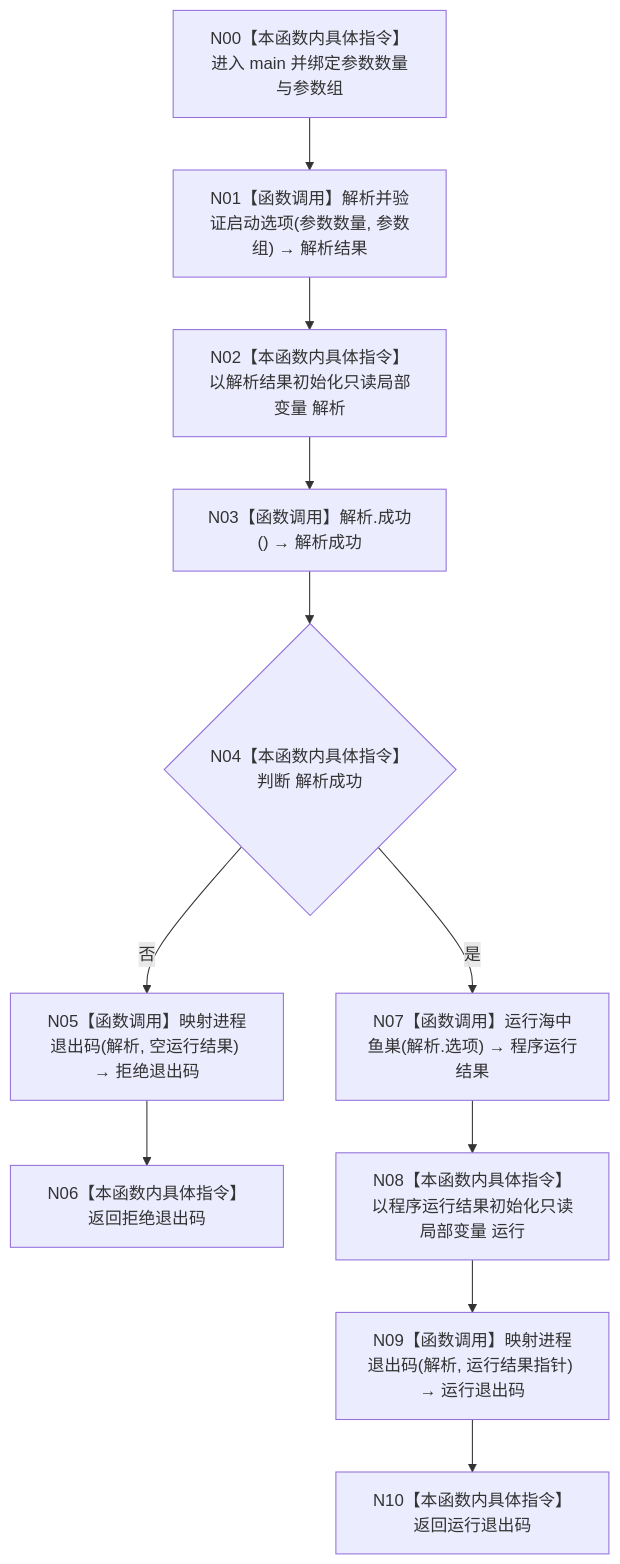
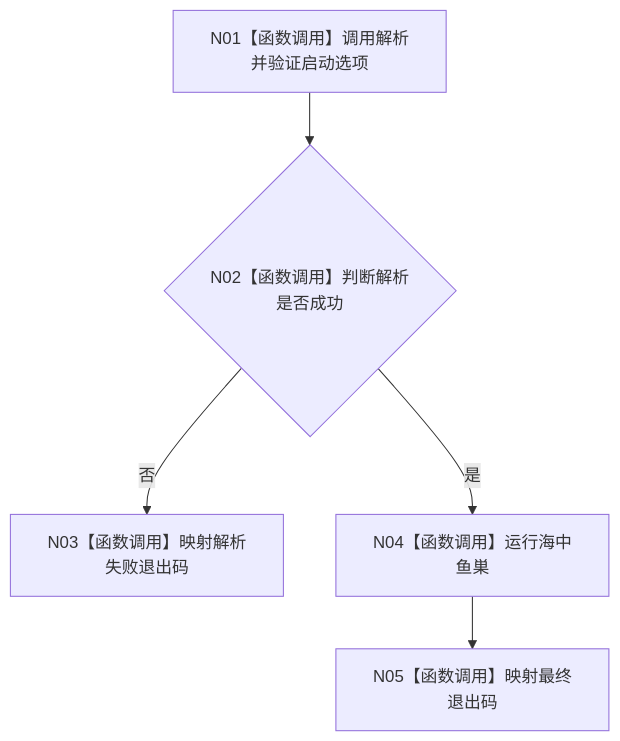
Before and after one commit to chunhaizh-cyber/HY-Ego: the diagram in 流程图/代码流程图/L0/CF-L0-0001_main_现状流程图.md, drawn with Mermaid. The commit also changed other lines of this file and 144 other files, not shown here.

First line of the commit message:
知识: 清理过期规范与旧设计、刷新流程图与计划、新增I64等价消费设计与L2需求合同

````diff
--- a/流程图/代码流程图/L0/CF-L0-0001_main_现状流程图.md
+++ b/流程图/代码流程图/L0/CF-L0-0001_main_现状流程图.md
@@ -22,24 +20,12 @@
 ```mermaid
 flowchart TD
-    N00["N00【本函数内具体指令】进入 main 并绑定参数数量与参数组"]
-    N01["N01【函数调用】解析并验证启动选项(参数数量, 参数组) → 解析结果"]
-    N02["N02【本函数内具体指令】以解析结果初始化只读局部变量 解析"]
-    N03["N03【函数调用】解析.成功() → 解析成功"]
-    N04{"N04【本函数内具体指令】判断 解析成功"}
-    N05["N05【函数调用】映射进程退出码(解析, 空运行结果) → 拒绝退出码"]
-    N06["N06【本函数内具体指令】返回拒绝退出码"]
-    N07["N07【函数调用】运行海中鱼巣(解析.选项) → 程序运行结果"]
-    N08["N08【本函数内具体指令】以程序运行结果初始化只读局部变量 运行"]
-    N09["N09【函数调用】映射进程退出码(解析, 运行结果指针) → 运行退出码"]
-    N10["N10【本函数内具体指令】返回运行退出码"]
-    N00 --> N01
+    N01["N01【函数调用】调用解析并验证启动选项"]
+    N02{"N02【函数调用】判断解析是否成功"}
+    N03["N03【函数调用】映射解析失败退出码"]
+    N04["N04【函数调用】运行海中鱼巣"]
+    N05["N05【函数调用】映射最终退出码"]
     N01 --> N02
-    N02 --> N03
-    N03 --> N04
-    N04 -- "否" --> N05
-    N05 --> N06
-    N04 -- "是" --> N07
-    N07 --> N08
-    N08 --> N09
-    N09 --> N10
+    N02 -- "否" --> N03
+    N02 -- "是" --> N04
+    N04 --> N05
 ```
````
